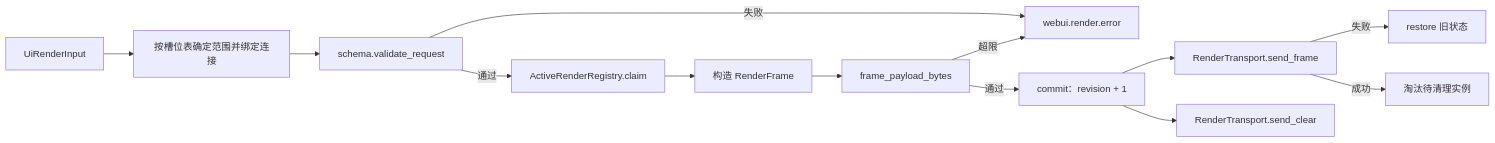
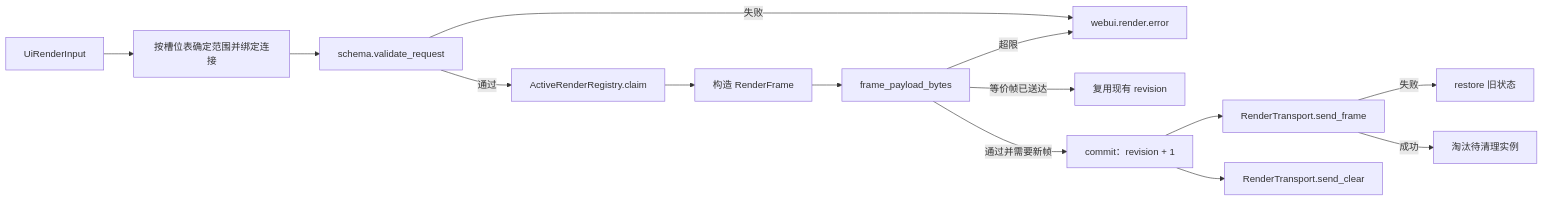
The first of 2 diagrams in jiuwenswarm/extensions_v2/docs/features/F_06_render-service.md (openJiuwen-ai/jiuwenswarm), drawn with Mermaid before and after one commit. The commit also changed other lines of this file and 3 other files, not shown here.

````diff
--- a/jiuwenswarm/extensions_v2/docs/features/F_06_render-service.md
+++ b/jiuwenswarm/extensions_v2/docs/features/F_06_render-service.md
@@ -43,15 +43,16 @@
 ```mermaid
 flowchart LR
     IN["UiRenderInput"] --> B["按槽位表确定范围并绑定连接"]
     B --> V["schema.validate_request"]
     V -->|"失败"| E["webui.render.error"]
     V -->|"通过"| R["ActiveRenderRegistry.claim"]
     R --> F["构造 RenderFrame"]
     F --> S["frame_payload_bytes"]
     S -->|"超限"| E
-    S -->|"通过"| C["commit：revision + 1"]
+    S -->|"等价帧已送达"| RR["复用现有 revision"]
+    S -->|"通过并需要新帧"| C["commit：revision + 1"]
     C --> T["RenderTransport.send_frame"]
     C --> TC["RenderTransport.send_clear"]
     T -->|"失败"| RB["restore 旧状态"]
     T -->|"成功"| EV["淘汰待清理实例"]
 ```
````
